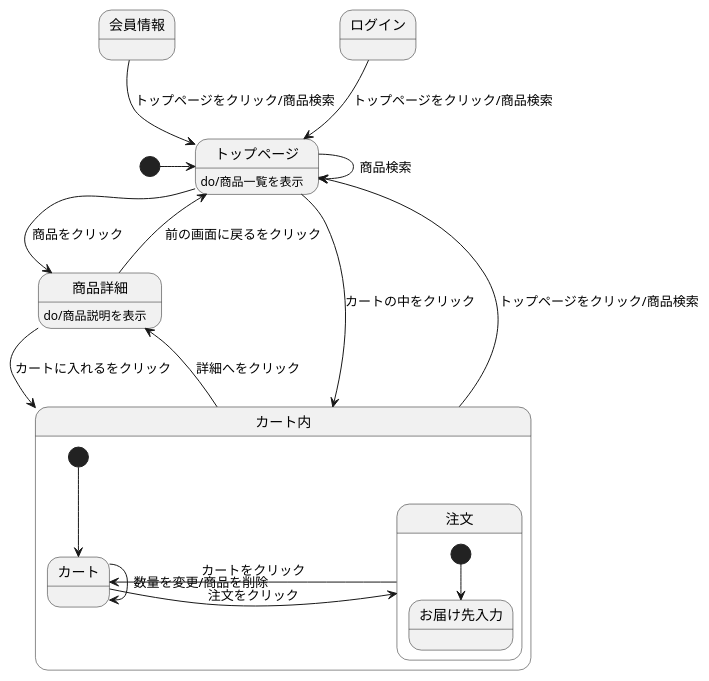
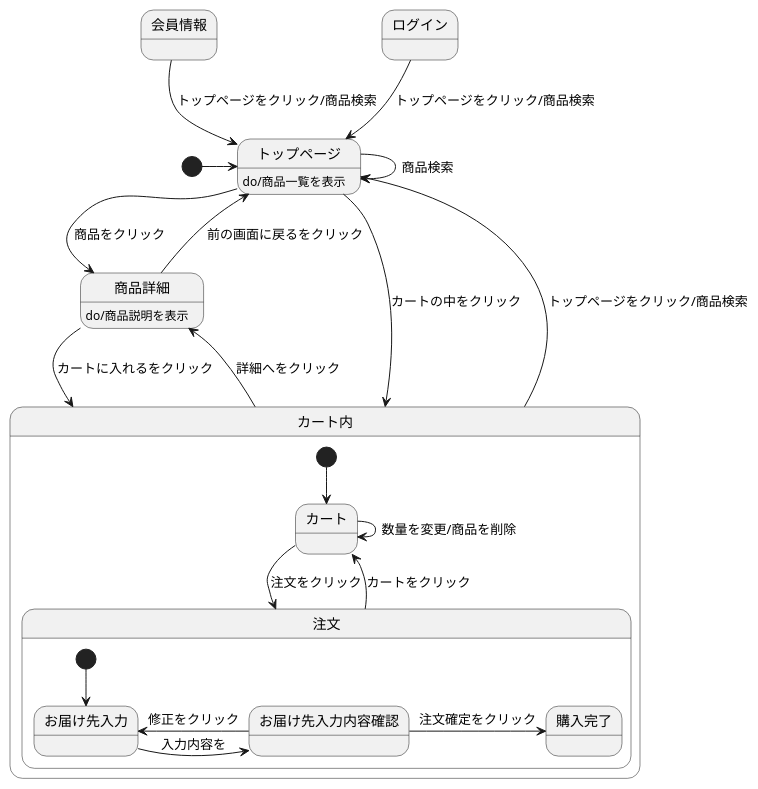
Before and after one commit to Aso2001195/2021sys-design: the diagram in kadai7.md, drawn with PlantUML.

````diff
--- a/kadai7.md
+++ b/kadai7.md
@@ -1,26 +1,29 @@
 ```uml
 @startuml
 [*] -> トップページ
 会員情報 --> トップページ :トップページをクリック/商品検索
 ログイン --> トップページ :トップページをクリック/商品検索
 トップページ -> トップページ :商品検索
 トップページ -> 商品詳細 :商品をクリック
 トップページ -> カート内 :カートの中をクリック
 トップページ : do/商品一覧を表示
 商品詳細 --> カート内 :カートに入れるをクリック
 商品詳細 --> トップページ :前の画面に戻るをクリック
 商品詳細 :do/商品説明を表示
 カート内 -up-> トップページ :トップページをクリック/商品検索
 カート内 ->商品詳細 :詳細へをクリック
 
 state カート内{
 [*] --> カート
 カート -> 注文 :注文をクリック
 カート -> カート :数量を変更/商品を削除
-注文 -> カート :カートをクリック
+注文 --> カート :カートをクリック
 state 注文{
  [*] --> お届け先入力
+ お届け先入力 -> お届け先入力内容確認 :入力内容を
+ お届け先入力内容確認 -> お届け先入力 :修正をクリック
+ お届け先入力内容確認 -> 購入完了 :注文確定をクリック
  }
 }
 @enduml
 ```
````
